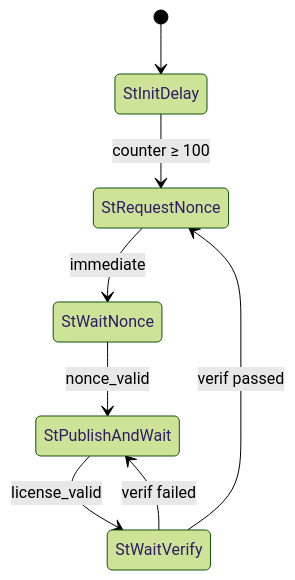
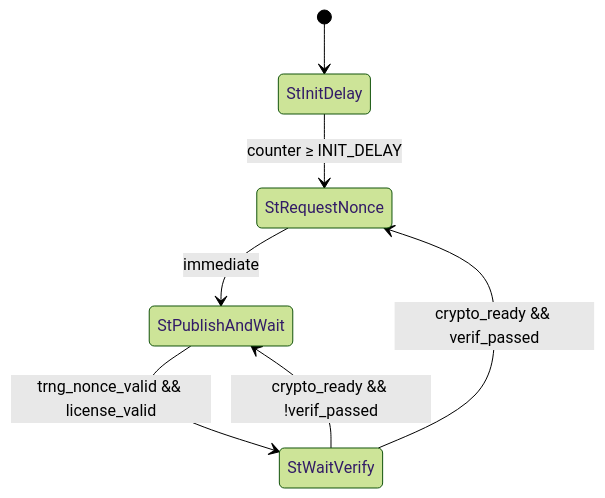
One commit to JamesPetrie/off-switch changed the second of 4 diagrams in README.md. Above: the diagram before and after it, drawn with Mermaid (forest theme). The commit also changed other lines of this file, not shown here.

Commit message:
Merge ECDSA and hash crypto READMEs

````diff
--- a/README.md
+++ b/README.md
@@ -265,10 +297,9 @@
 ```mermaid
 stateDiagram-v2
     [*] --> StInitDelay
-    StInitDelay --> StRequestNonce: counter ≥ 100
-    StRequestNonce --> StWaitNonce: immediate
-    StWaitNonce --> StPublishAndWait: nonce_valid
-    StPublishAndWait --> StWaitVerify: license_valid
-    StWaitVerify --> StRequestNonce: verif passed
-    StWaitVerify --> StPublishAndWait: verif failed
+    StInitDelay --> StRequestNonce: counter ≥ INIT_DELAY
+    StRequestNonce --> StPublishAndWait: immediate
+    StPublishAndWait --> StWaitVerify: trng_nonce_valid && license_valid
+    StWaitVerify --> StRequestNonce: crypto_ready && verif_passed
+    StWaitVerify --> StPublishAndWait: crypto_ready && !verif_passed
 ```
````
